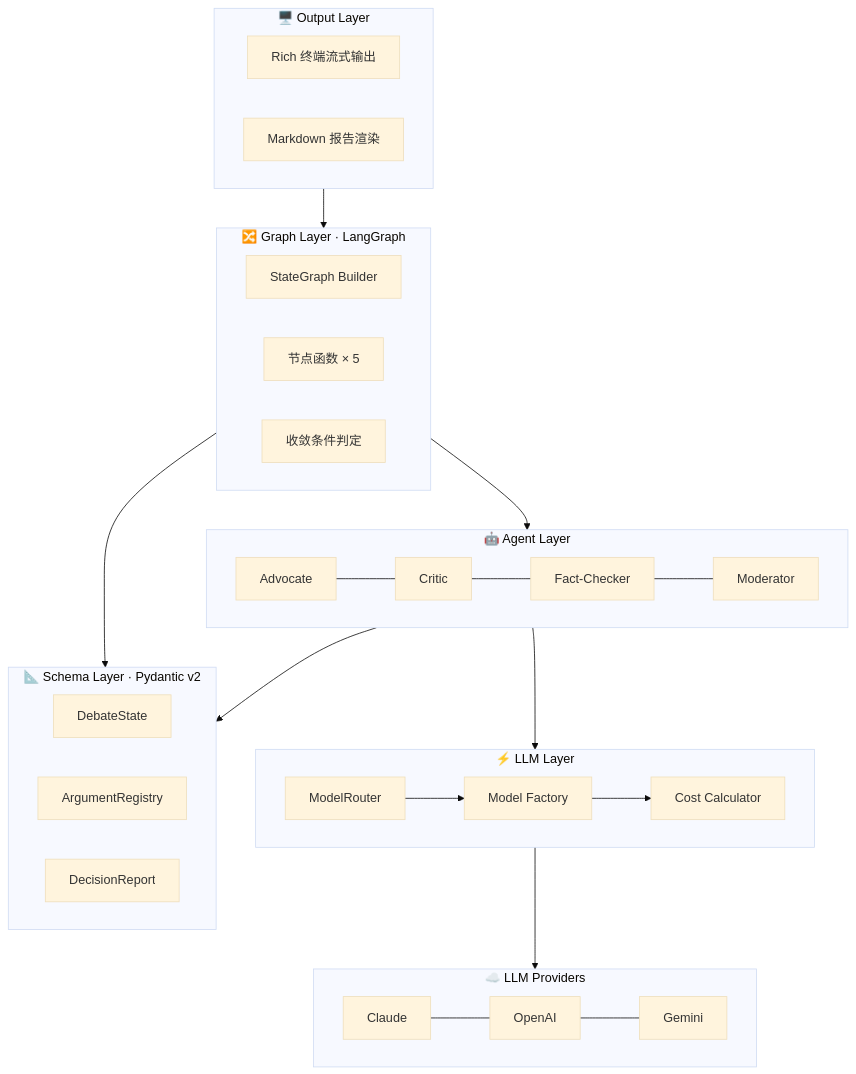
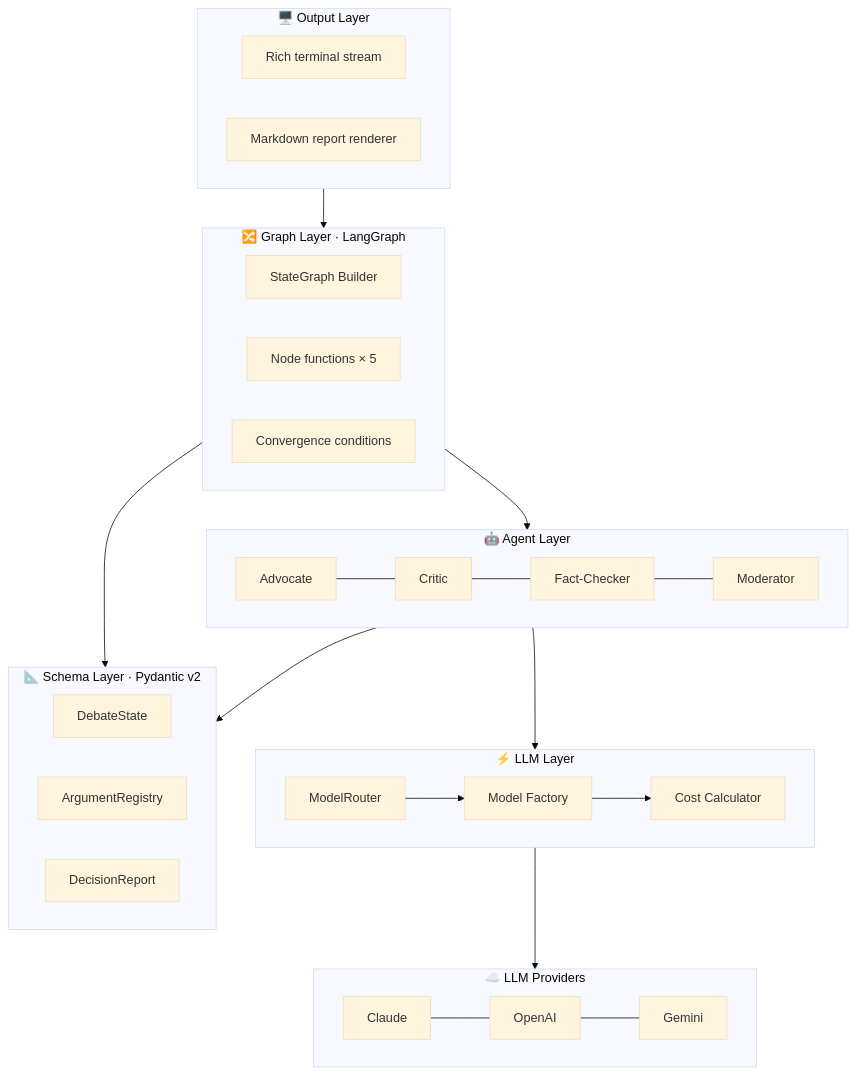
Before and after one commit to CAgcoder/MaverickJ: the third of 3 diagrams in README.md, drawn with Mermaid (base theme). The commit also changed other lines of this file and 30 other files, not shown here.

First line of the commit message:
Refactor output and schema documentation for clarity and consistency

````diff
--- a/README.md
+++ b/README.md
@@ -267,47 +266,47 @@
 ```mermaid
 %%{init: {"flowchart": {"useMaxWidth": true}}}%%
 graph TB
     subgraph OUTPUT["🖥️ Output Layer"]
-        RICH[Rich 终端流式输出]
-        MD[Markdown 报告渲染]
+        RICH[Rich terminal stream]
+        MD[Markdown report renderer]
     end
 
     subgraph GRAPH["🔀 Graph Layer · LangGraph"]
         BUILDER[StateGraph Builder]
-        NODES[节点函数 × 5]
-        CONDS[收敛条件判定]
+        NODES[Node functions × 5]
+        CONDS[Convergence conditions]
     end
 
     subgraph AGENTS["🤖 Agent Layer"]
         direction LR
         A[Advocate] --- C[Critic]
         C --- F[Fact-Checker]
         F --- M[Moderator]
     end
 
     subgraph LLM["⚡ LLM Layer"]
         ROUTER[ModelRouter]
         FACTORY[Model Factory]
         COST[Cost Calculator]
         ROUTER --> FACTORY --> COST
     end
 
     subgraph PROVIDERS["☁️ LLM Providers"]
         direction LR
         ANT[Claude] --- OAI[OpenAI]
         OAI --- GEM[Gemini]
     end
 
     subgraph SCHEMAS["📐 Schema Layer · Pydantic v2"]
         DS[DebateState]
         AR[ArgumentRegistry]
         RPT[DecisionReport]
     end
 
     OUTPUT --> GRAPH
     GRAPH --> AGENTS
     AGENTS --> LLM
     LLM --> PROVIDERS
     GRAPH --> SCHEMAS
     AGENTS --> SCHEMAS
 ```
````
